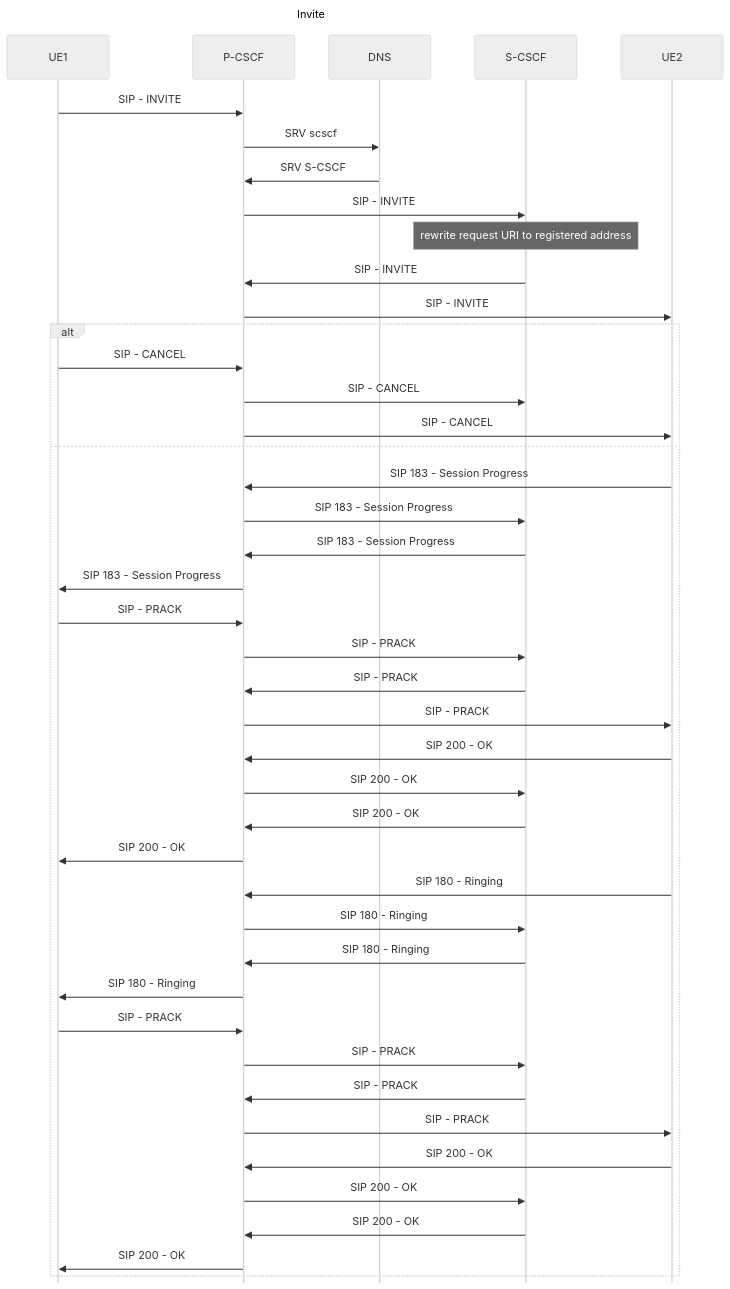
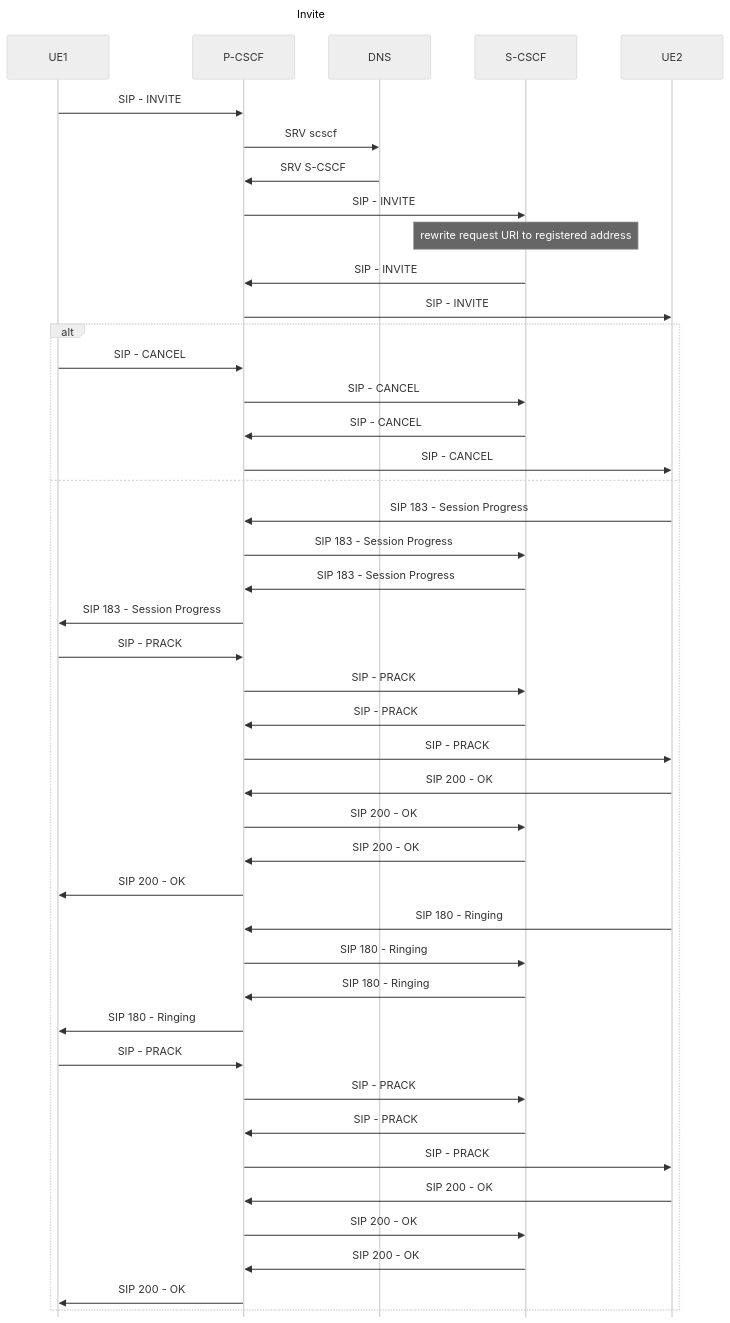
One commit to lyatanski/ims changed the diagram in doc/invite.md. Above: the diagram before and after it, drawn with Mermaid (neutral theme).

Commit message:
fill in missing cancel path

````diff
--- a/doc/invite.md
+++ b/doc/invite.md
@@ -1,45 +1,46 @@
 ```mermaid
 ---
 title: Invite
 config:
   mirrorActors: false
 ---
 sequenceDiagram
     UE1->>P-CSCF: SIP - INVITE
     P-CSCF->>DNS: SRV scscf
     DNS->>P-CSCF: SRV S-CSCF
     P-CSCF->>S-CSCF: SIP - INVITE
     Note over S-CSCF: rewrite request URI to registered address
     S-CSCF->>P-CSCF: SIP - INVITE
     P-CSCF->>UE2: SIP - INVITE
     alt
         UE1->>P-CSCF: SIP - CANCEL
         P-CSCF->>S-CSCF: SIP - CANCEL
+        S-CSCF->>P-CSCF: SIP - CANCEL
         P-CSCF->>UE2: SIP - CANCEL
     else
         UE2->>P-CSCF: SIP 183 - Session Progress
         P-CSCF->>S-CSCF: SIP 183 - Session Progress
         S-CSCF->>P-CSCF: SIP 183 - Session Progress
         P-CSCF->>UE1: SIP 183 - Session Progress
         UE1->>P-CSCF: SIP - PRACK
         P-CSCF->>S-CSCF: SIP - PRACK
         S-CSCF->>P-CSCF: SIP - PRACK
         P-CSCF->>UE2: SIP - PRACK
         UE2->>P-CSCF: SIP 200 - OK
         P-CSCF->>S-CSCF: SIP 200 - OK
         S-CSCF->>P-CSCF: SIP 200 - OK
         P-CSCF->>UE1: SIP 200 - OK
         UE2->>P-CSCF: SIP 180 - Ringing
         P-CSCF->>S-CSCF: SIP 180 - Ringing
         S-CSCF->>P-CSCF: SIP 180 - Ringing
         P-CSCF->>UE1: SIP 180 - Ringing
         UE1->>P-CSCF: SIP - PRACK
         P-CSCF->>S-CSCF: SIP - PRACK
         S-CSCF->>P-CSCF: SIP - PRACK
         P-CSCF->>UE2: SIP - PRACK
         UE2->>P-CSCF: SIP 200 - OK
         P-CSCF->>S-CSCF: SIP 200 - OK
         S-CSCF->>P-CSCF: SIP 200 - OK
         P-CSCF->>UE1: SIP 200 - OK
     end
 ```
````
